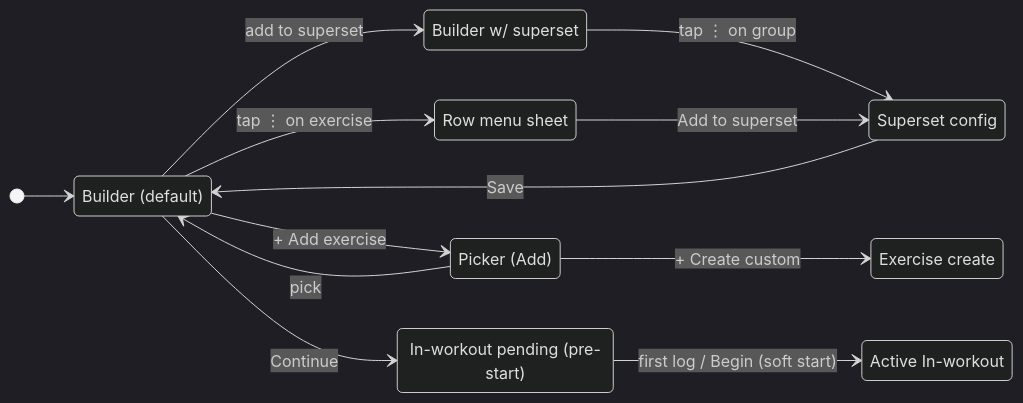
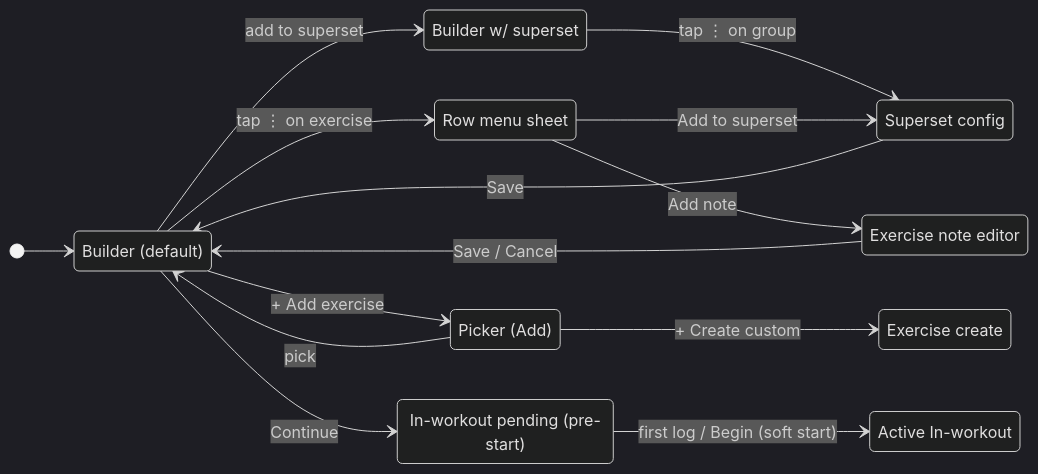
The third of 6 diagrams in docs/wireframes/flow.md (MaxKibets/kachka), drawn with Mermaid (dark theme) before and after one commit. The commit also changed other lines of this file and 5 other files, not shown here.

First line of the commit message:
docs: add exercise note editor as a form bottom sheet

````diff
--- a/docs/wireframes/flow.md
+++ b/docs/wireframes/flow.md
@@ -126,24 +132,27 @@
 ```mermaid
 stateDiagram-v2
     direction LR
     [*] --> Builder
     Builder --> BuilderSS: add to superset
     BuilderSS --> SupersetConfig: tap ⋮ on group
     Builder --> RowMenu: tap ⋮ on exercise
     RowMenu --> SupersetConfig: Add to superset
+    RowMenu --> NoteEditor: Add note
     Builder --> PickerAdd: + Add exercise
     PickerAdd --> Builder: pick
     PickerAdd --> ExerciseCreate: + Create custom
     SupersetConfig --> Builder: Save
+    NoteEditor --> Builder: Save / Cancel
     Builder --> ActiveWorkoutPending: Continue
     ActiveWorkoutPending --> ActiveWorkout: first log / Begin (soft start)
 
     state "Builder (default)" as Builder
     state "Builder w/ superset" as BuilderSS
     state "Row menu sheet" as RowMenu
     state "Picker (Add)" as PickerAdd
     state "Superset config" as SupersetConfig
     state "Exercise create" as ExerciseCreate
+    state "Exercise note editor" as NoteEditor
     state "Active In-workout" as ActiveWorkout
     state "In-workout pending (pre-start)" as ActiveWorkoutPending
 ```
````
